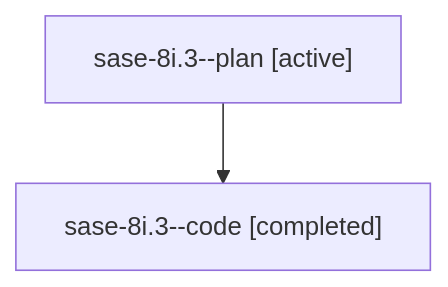
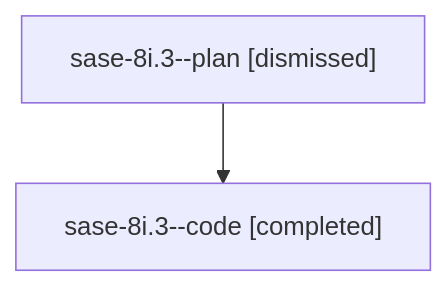
The diagram in sessions/bbugyi200.athena.sase-8i.3.md (sase-org/sase--agents), drawn with Mermaid before and after one commit. The commit also changed other lines of this file and 100 other files, not shown here.

````diff
--- a/sessions/bbugyi200.athena.sase-8i.3.md
+++ b/sessions/bbugyi200.athena.sase-8i.3.md
@@ -9,6 +9,6 @@
 ```mermaid
 flowchart TD
-  n0["sase-8i.3--plan [active]"]
+  n0["sase-8i.3--plan [dismissed]"]
   n1["sase-8i.3--code [completed]"]
   n0 --> n1
 ```
````
